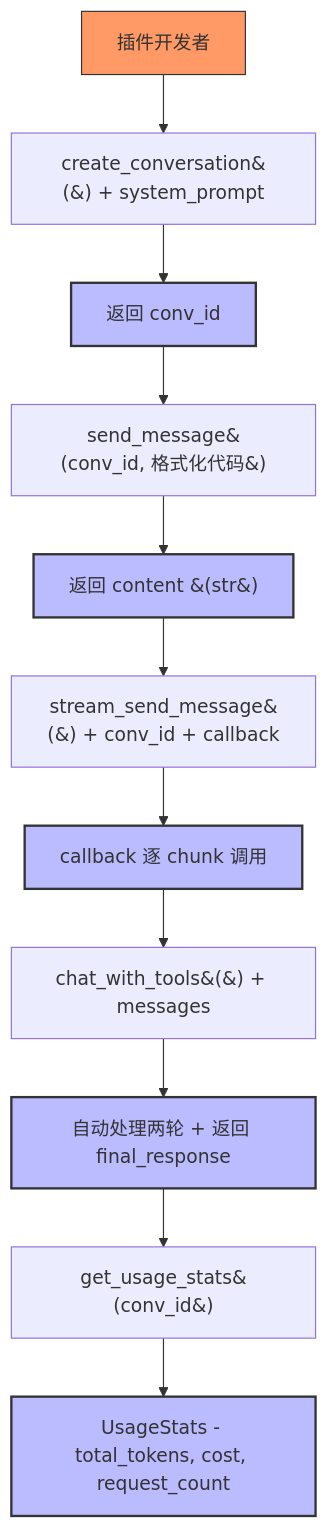
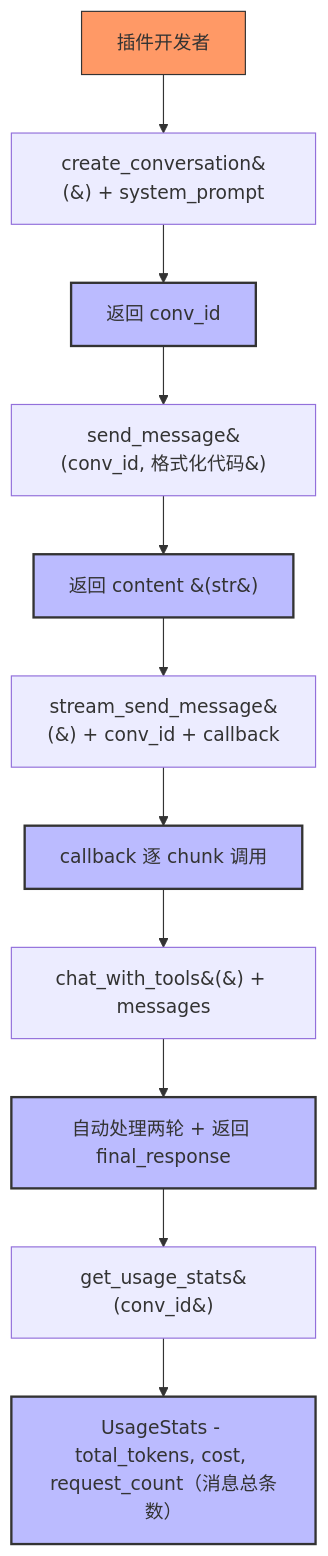
One commit to KKPIP-Tech/InstructionX changed the fourth of 8 diagrams in docs/core/llm-provider/api-reference.md. Above: the diagram before and after it, drawn with Mermaid. The commit also changed other lines of this file and 7 other files, not shown here.

````diff
--- a/docs/core/llm-provider/api-reference.md
+++ b/docs/core/llm-provider/api-reference.md
@@ -1240,32 +1237,32 @@
 ```mermaid
 flowchart TB
     START[插件开发者]
     CREATE[create_conversation&#40;&#41; + system_prompt]
     CONV_ID[返回 conv_id]
     SEND[send_message&#40;conv_id, 格式化代码&#41;]
     RESP1[返回 content &#40;str&#41;]
     STREAM[stream_send_message&#40;&#41; + conv_id + callback]
     RESP2[callback 逐 chunk 调用]
     TOOLS[chat_with_tools&#40;&#41; + messages]
     RESP3[自动处理两轮 + 返回 final_response]
     STATS[get_usage_stats&#40;conv_id&#41;]
-    RESP4[UsageStats - total_tokens, cost, request_count]
+    RESP4[UsageStats - total_tokens, cost, request_count（消息总条数）]
 
     START --> CREATE
     CREATE --> CONV_ID
     CONV_ID --> SEND
     SEND --> RESP1
     RESP1 --> STREAM
     STREAM --> RESP2
     RESP2 --> TOOLS
     TOOLS --> RESP3
     RESP3 --> STATS
     STATS --> RESP4
 
     style START fill:#f96,stroke:#333
     style CONV_ID fill:#bbf,stroke:#333,stroke-width:2px
     style RESP1 fill:#bbf,stroke:#333,stroke-width:2px
     style RESP2 fill:#bbf,stroke:#333,stroke-width:2px
     style RESP3 fill:#bbf,stroke:#333,stroke-width:2px
     style RESP4 fill:#bbf,stroke:#333,stroke-width:2px
 ```
````
